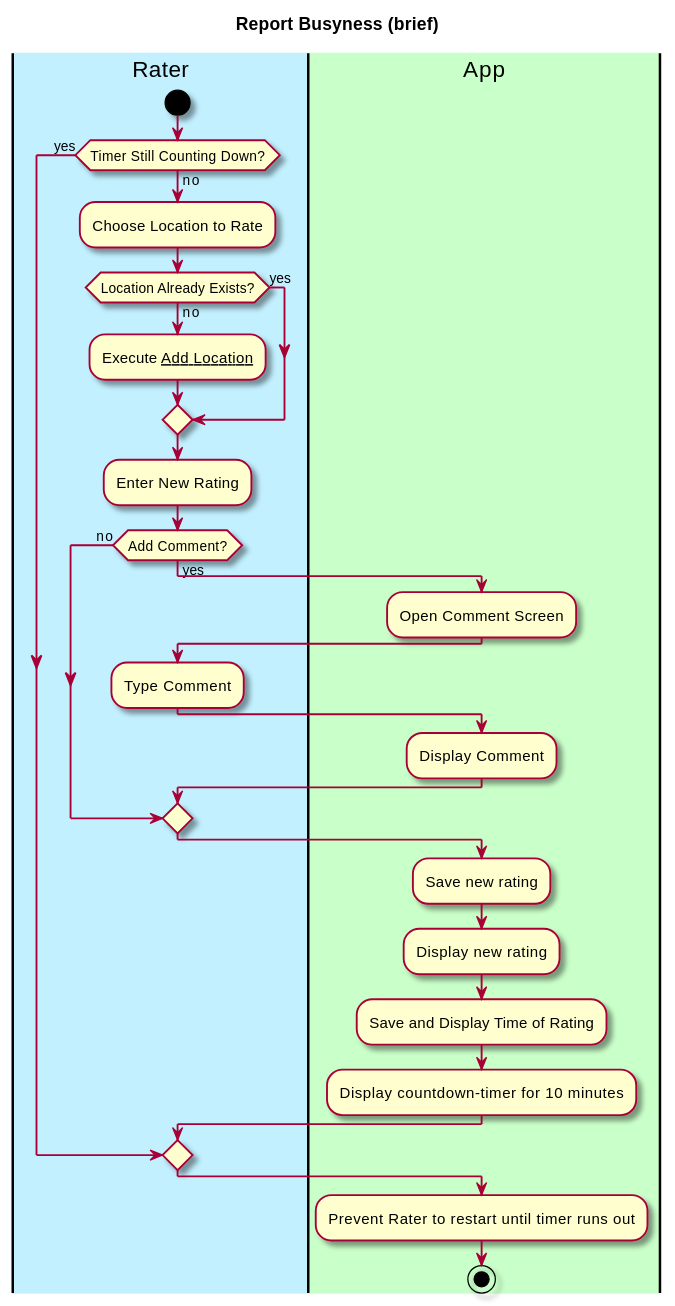
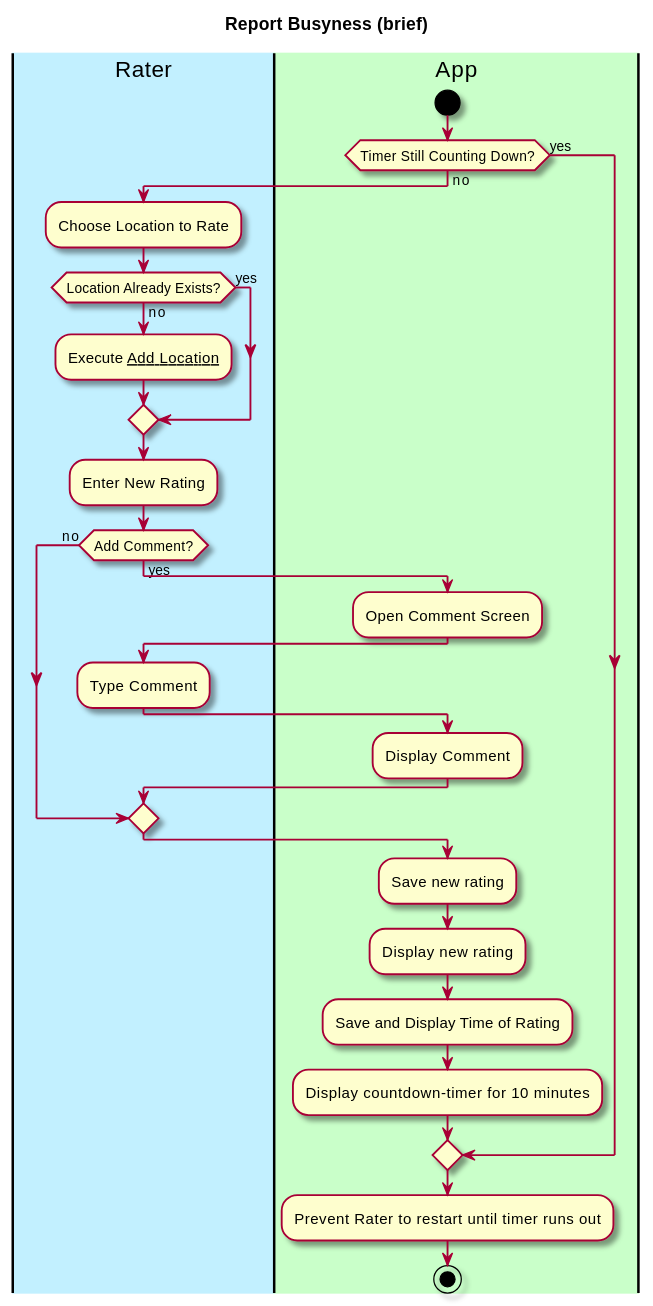
Before and after one commit to manoushpajouh/Vassar-Crowdmeter: the diagram in intellij/documentation/use_cases/report_busyness.md, drawn with PlantUML.

Commit message:
edited use case diagram for report busyness

````diff
--- a/intellij/documentation/use_cases/report_busyness.md
+++ b/intellij/documentation/use_cases/report_busyness.md
@@ -30,44 +30,45 @@
 ```plantuml
 @startuml
 
 skin rose
 
 title Report Busyness (brief)
 
 'define the lanes
 |#application|Rater|
 |#technology|App|
 
-|Rater|
+|App|
 start
 if (Timer Still Counting Down?) then (yes)
 else (no)
+|Rater|
     :Choose Location to Rate;
         if (Location Already Exists?) then (yes)
         
         else (no)
         :Execute __Add Location__;
         endif
      :Enter New Rating;
      
         if (Add Comment?) then (yes)
             |App|
             :Open Comment Screen;
             |Rater|
             :Type Comment;
             |App|
             :Display Comment;
       
          else (no)
         endif
 
 |App|
 :Save new rating;
 :Display new rating;
 :Save and Display Time of Rating;
 :Display countdown-timer for 10 minutes;
 endif
 :Prevent Rater to restart until timer runs out;
 stop
 @enduml
 ```
````
